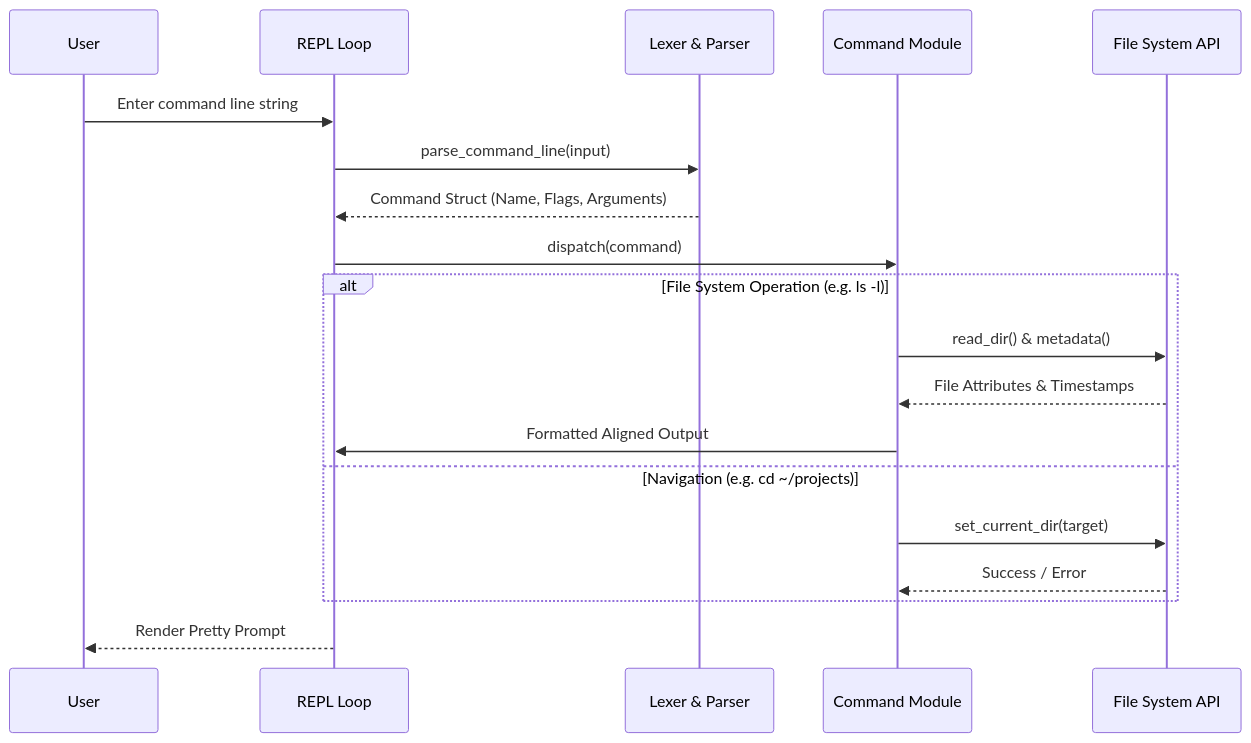
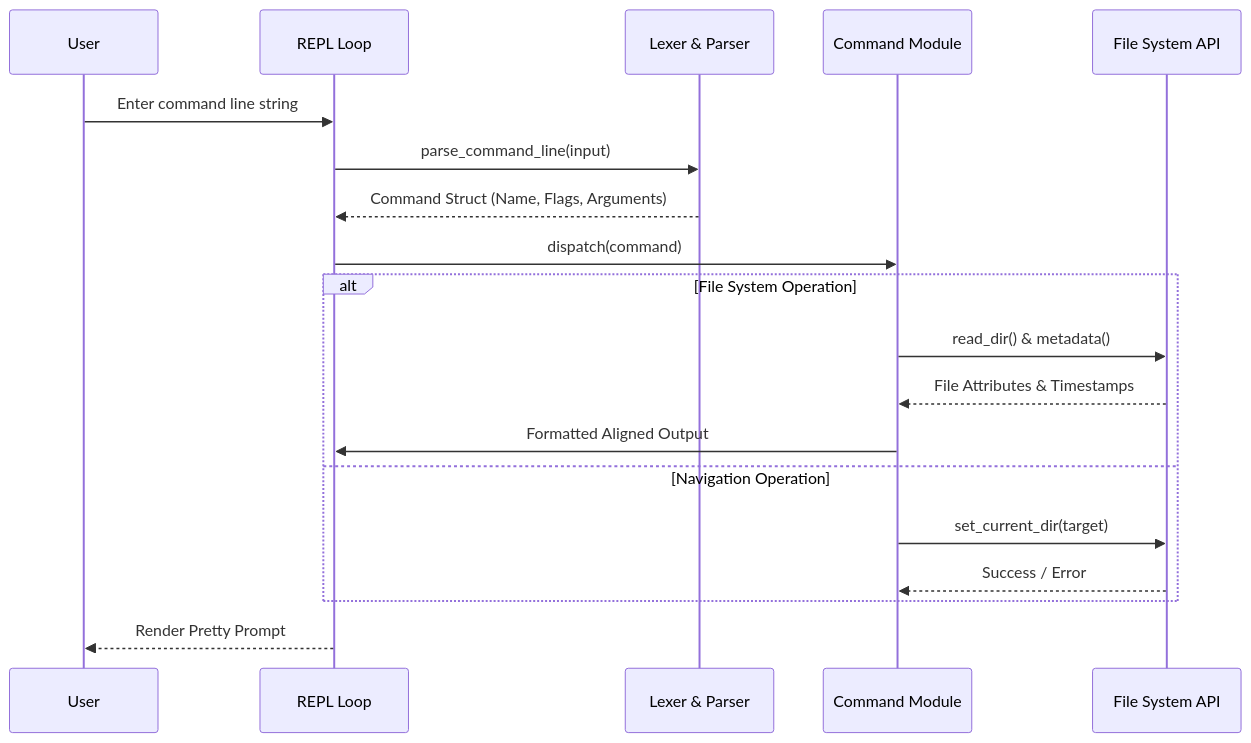
The second of 2 diagrams in README.md (sahmedhusain/oxide-shell), drawn with Mermaid before and after one commit. The commit also changed other lines of this file, not shown here.

Commit message:
docs: Add terminal preview and refine Mermaid diagrams

````diff
--- a/README.md
+++ b/README.md
@@ -76,24 +108,24 @@
 ```mermaid
 sequenceDiagram
-    participant User
+    participant User as User
     participant Shell as REPL Loop
     participant Parser as Lexer & Parser
     participant Cmd as Command Module
     participant FS as File System API
 
     User->>Shell: Enter command line string
     Shell->>Parser: parse_command_line(input)
     Parser-->>Shell: Command Struct (Name, Flags, Arguments)
     Shell->>Cmd: dispatch(command)
     
-    alt File System Operation (e.g. ls -l)
+    alt File System Operation
         Cmd->>FS: read_dir() & metadata()
         FS-->>Cmd: File Attributes & Timestamps
         Cmd->>Shell: Formatted Aligned Output
-    else Navigation (e.g. cd ~/projects)
+    else Navigation Operation
         Cmd->>FS: set_current_dir(target)
         FS-->>Cmd: Success / Error
     end
 
     Shell-->>User: Render Pretty Prompt
 ```
````
